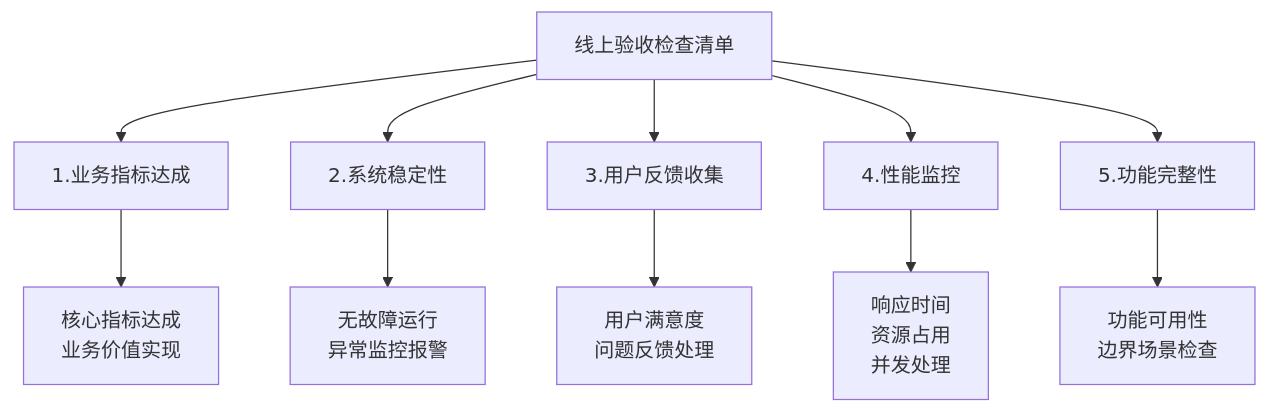
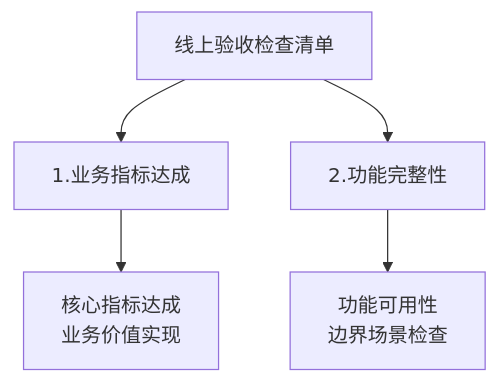
The seventh of 12 diagrams in 开发流程图.md (Taskon-xyz/PR), drawn with Mermaid before and after one commit. The commit also changed other lines of this file and 3 other files, not shown here.

````diff
--- a/开发流程图.md
+++ b/开发流程图.md
@@ -167,20 +164,13 @@
 ```mermaid
 flowchart TD
     Online_Check[线上验收检查清单] --> G1[1.业务指标达成]
-    Online_Check --> G2[2.系统稳定性]
-    Online_Check --> G3[3.用户反馈收集]
-    Online_Check --> G4[4.性能监控]
-    Online_Check --> G5[5.功能完整性]
+    Online_Check --> G2[2.功能完整性]
   
     G1 --> G1_1["核心指标达成
     业务价值实现"]
-    G2 --> G2_1["无故障运行
-    异常监控报警"]
-    G3 --> G3_1["用户满意度
-    问题反馈处理"]
-    G4 --> G4_1["响应时间
-    资源占用
-    并发处理"]
-    G5 --> G5_1["功能可用性
+   
+
+  
+    G2 --> G2_1["功能可用性
     边界场景检查"]
 ```
````
